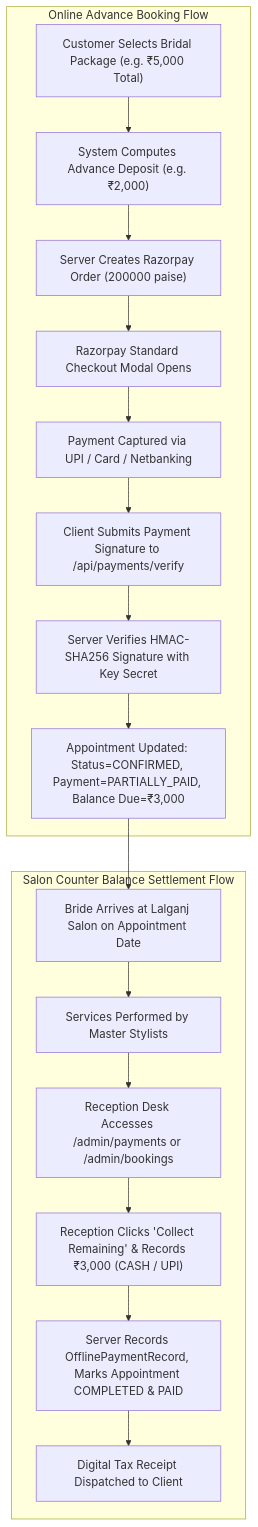
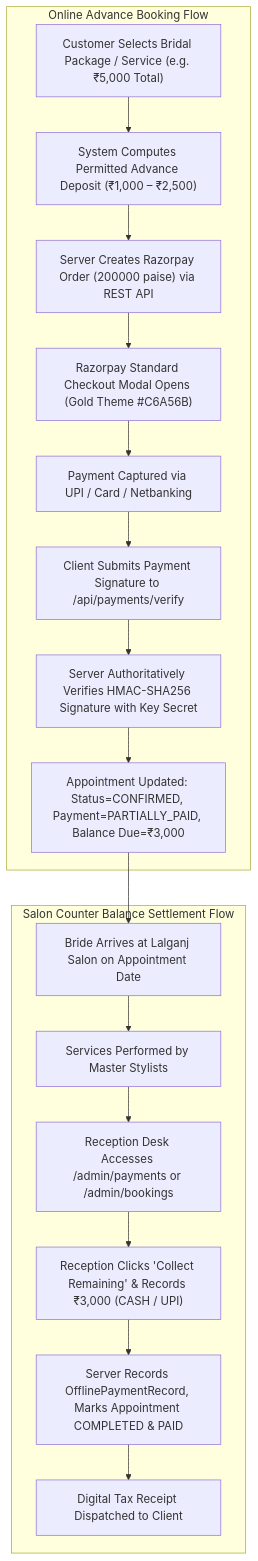
The first of 2 diagrams in docs/PAYMENT_SYSTEM_DOCUMENTATION.md (ashutoshkumar2656/The-Jawed-Habib), drawn with Mermaid before and after one commit. The commit also changed other lines of this file and 4 other files, not shown here.

````diff
--- a/docs/PAYMENT_SYSTEM_DOCUMENTATION.md
+++ b/docs/PAYMENT_SYSTEM_DOCUMENTATION.md
@@ -17,21 +18,21 @@
 ```mermaid
 flowchart TD
     subgraph Online Advance Booking Flow
-        A["Customer Selects Bridal Package (e.g. ₹5,000 Total)"] --> B["System Computes Advance Deposit (e.g. ₹2,000)"]
-        B --> C["Server Creates Razorpay Order (200000 paise)"]
-        C --> D["Razorpay Standard Checkout Modal Opens"]
+        A["Customer Selects Bridal Package / Service (e.g. ₹5,000 Total)"] --> B["System Computes Permitted Advance Deposit (₹1,000 – ₹2,500)"]
+        B --> C["Server Creates Razorpay Order (200000 paise) via REST API"]
+        C --> D["Razorpay Standard Checkout Modal Opens (Gold Theme #C6A56B)"]
         D --> E["Payment Captured via UPI / Card / Netbanking"]
         E --> F["Client Submits Payment Signature to /api/payments/verify"]
-        F --> G["Server Verifies HMAC-SHA256 Signature with Key Secret"]
+        F --> G["Server Authoritatively Verifies HMAC-SHA256 Signature with Key Secret"]
         G --> H["Appointment Updated: Status=CONFIRMED, Payment=PARTIALLY_PAID, Balance Due=₹3,000"]
     end
 
     subgraph Salon Counter Balance Settlement Flow
         H --> I["Bride Arrives at Lalganj Salon on Appointment Date"]
         I --> J["Services Performed by Master Stylists"]
         J --> K["Reception Desk Accesses /admin/payments or /admin/bookings"]
         K --> L["Reception Clicks 'Collect Remaining' & Records ₹3,000 (CASH / UPI)"]
         L --> M["Server Records OfflinePaymentRecord, Marks Appointment COMPLETED & PAID"]
         M --> N["Digital Tax Receipt Dispatched to Client"]
     end
 ```
````
